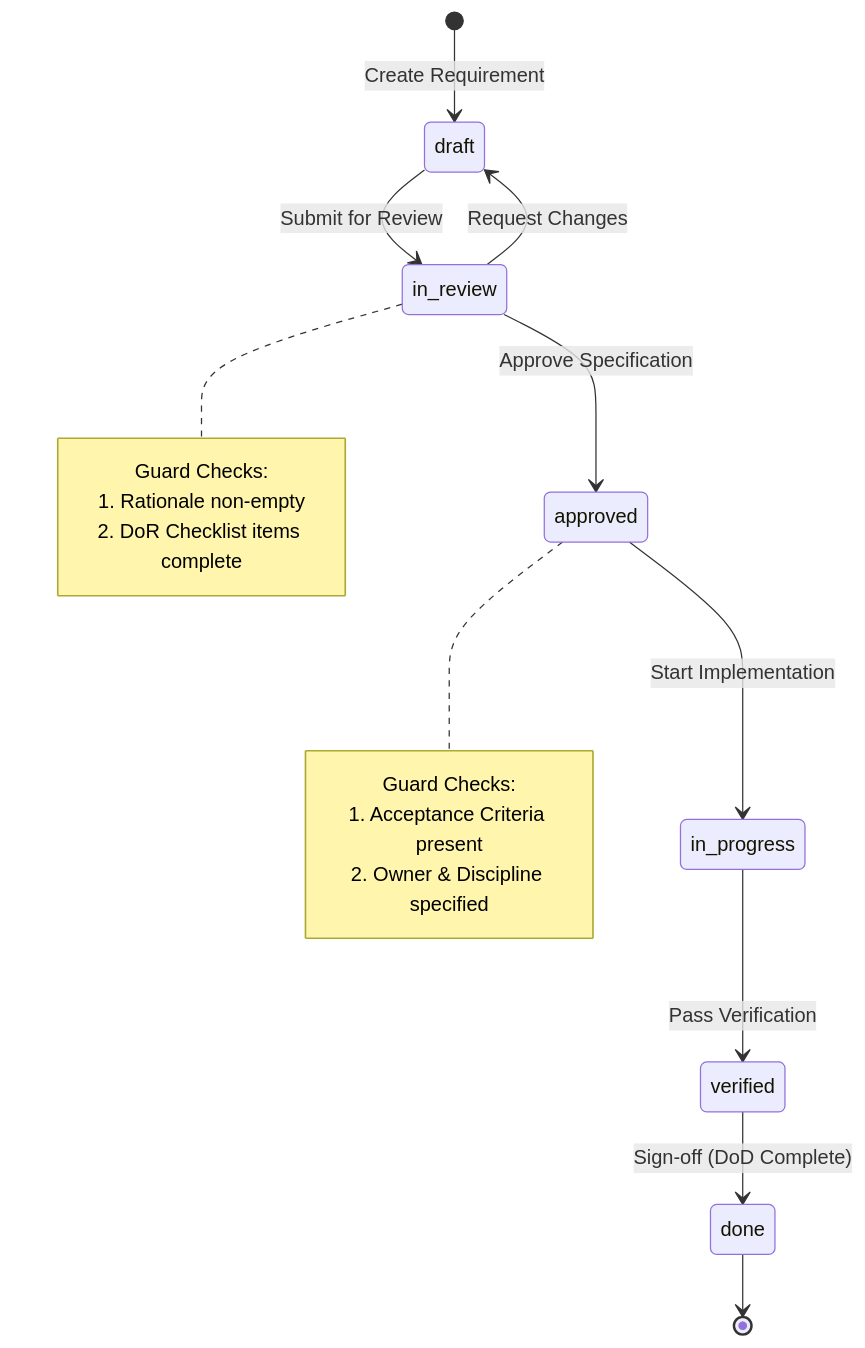
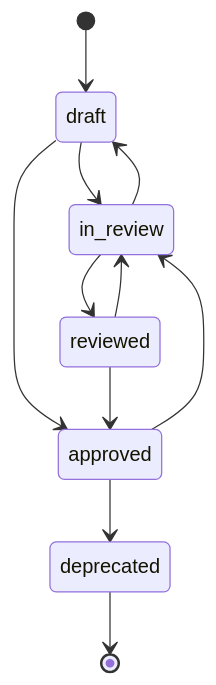
One commit to markbac/reqtool changed the fifth of 8 diagrams in docs/ARCHITECTURE.md. Above: the diagram before and after it, drawn with Mermaid. The commit also changed other lines of this file and 14 other files, not shown here.

````diff
--- a/docs/ARCHITECTURE.md
+++ b/docs/ARCHITECTURE.md
@@ -210,24 +713,13 @@
 ```mermaid
 stateDiagram-v2
-    [*] --> draft: Create Requirement
-    
-    draft --> in_review: Submit for Review
-    note right of in_review
-        Guard Checks:
-        1. Rationale non-empty
-        2. DoR Checklist items complete
-    end note
-
-    in_review --> approved: Approve Specification
-    note right of approved
-        Guard Checks:
-        1. Acceptance Criteria present
-        2. Owner & Discipline specified
-    end note
-
-    in_review --> draft: Request Changes
-    approved --> in_progress: Start Implementation
-    in_progress --> verified: Pass Verification
-    verified --> done: Sign-off (DoD Complete)
-    done --> [*]
+    [*] --> draft
+    draft --> in_review
+    draft --> approved
+    in_review --> reviewed
+    in_review --> draft
+    reviewed --> approved
+    reviewed --> in_review
+    approved --> deprecated
+    approved --> in_review
+    deprecated --> [*]
 ```
````
